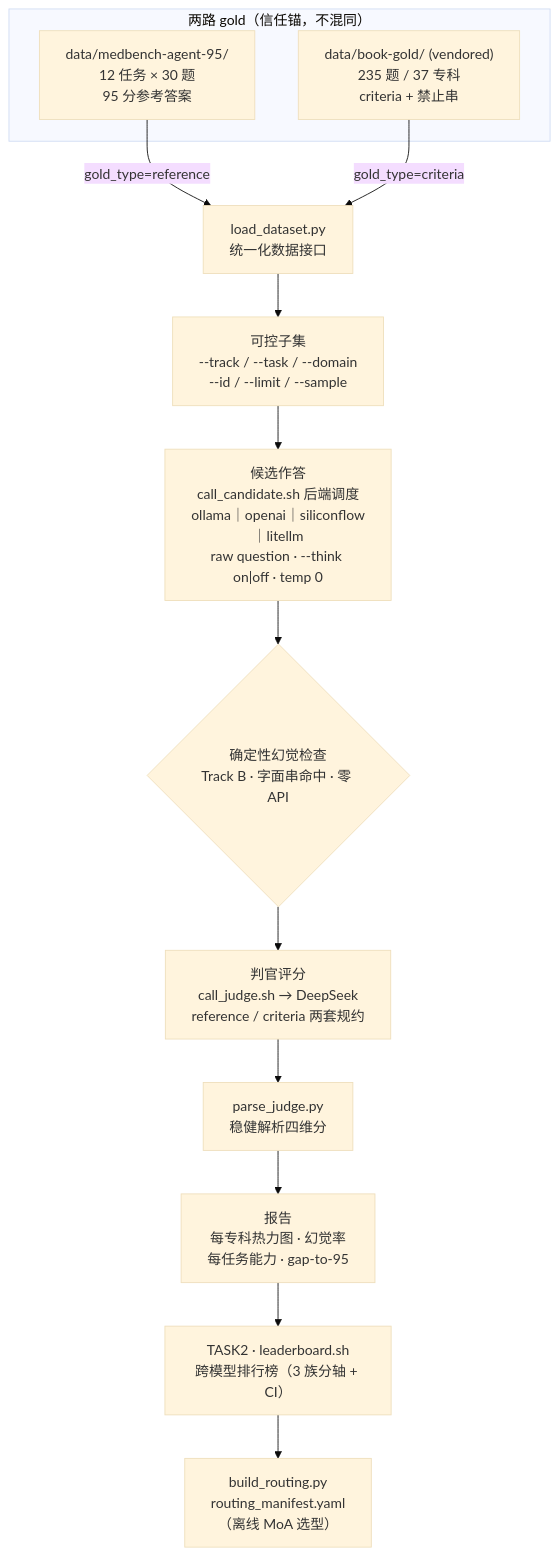
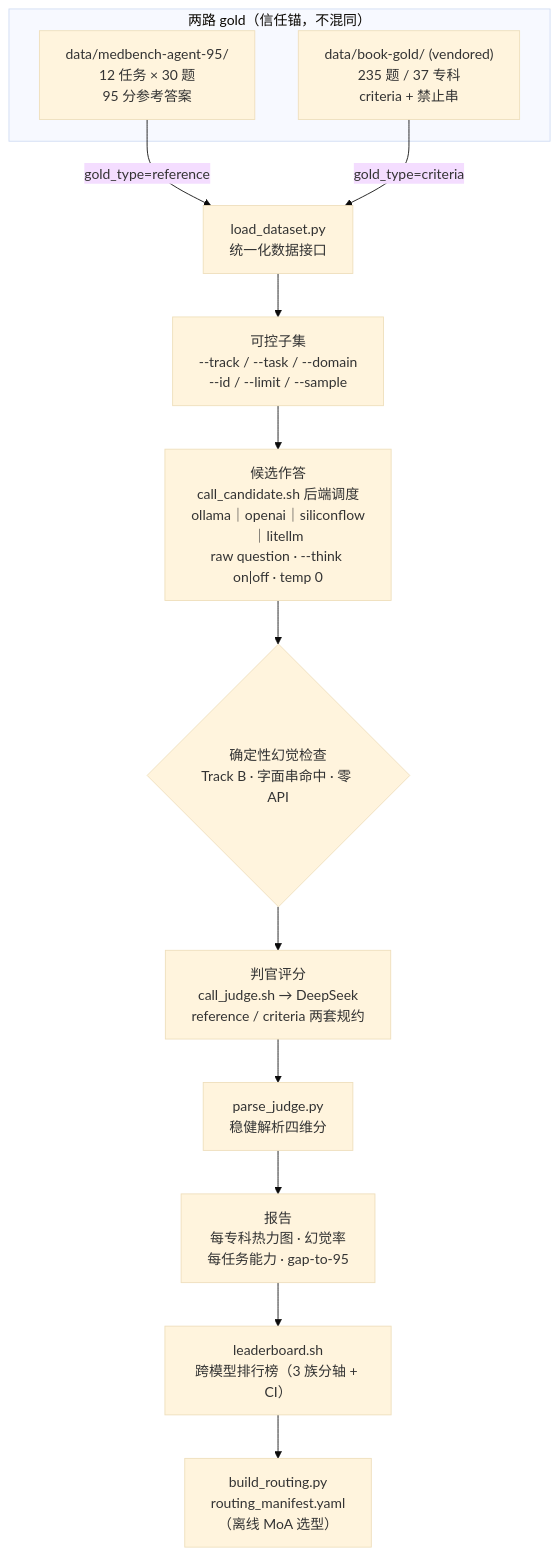
One commit to chenhaodev/med-agent-verifier changed the diagram in README.md. Above: the diagram before and after it, drawn with Mermaid (base theme). The commit also changed other lines of this file, not shown here.

First line of the commit message:
docs: README 单一主线重构（考试→整池排行→路由清单，去 TASK2 章节化）

````diff
--- a/README.md
+++ b/README.md
@@ -176,17 +223,17 @@
 ```mermaid
 flowchart TB
     subgraph GOLD["两路 gold（信任锚，不混同）"]
         A["data/medbench-agent-95/<br/>12 任务 × 30 题<br/>95 分参考答案"]
         B["data/book-gold/ (vendored)<br/>235 题 / 37 专科<br/>criteria + 禁止串"]
     end
     A -->|gold_type=reference| L["load_dataset.py<br/>统一化数据接口"]
     B -->|gold_type=criteria| L
     L --> SEL["可控子集<br/>--track / --task / --domain<br/>--id / --limit / --sample"]
     SEL --> RUN["候选作答<br/>call_candidate.sh 后端调度<br/>ollama｜openai｜siliconflow｜litellm<br/>raw question · --think on|off · temp 0"]
     RUN --> HC{"确定性幻觉检查<br/>Track B · 字面串命中 · 零 API"}
     HC --> JUDGE["判官评分<br/>call_judge.sh → DeepSeek<br/>reference / criteria 两套规约"]
     JUDGE --> PARSE["parse_judge.py<br/>稳健解析四维分"]
     PARSE --> REP["报告<br/>每专科热力图 · 幻觉率<br/>每任务能力 · gap-to-95"]
-    REP --> LB["TASK2 · leaderboard.sh<br/>跨模型排行榜（3 族分轴 + CI）"]
+    REP --> LB["leaderboard.sh<br/>跨模型排行榜（3 族分轴 + CI）"]
     LB --> RM["build_routing.py<br/>routing_manifest.yaml<br/>（离线 MoA 选型）"]
 ```
````
